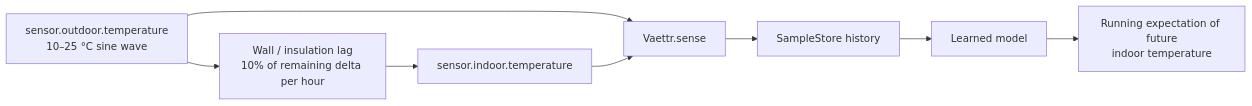
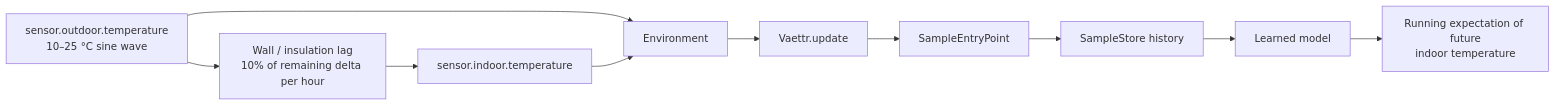
Before and after one commit to skasti/skyn-vaettr: the second of 2 diagrams in docs/sensory-representation.md, drawn with Mermaid. The commit also changed other lines of this file and 24 other files, not shown here.

````diff
--- a/docs/sensory-representation.md
+++ b/docs/sensory-representation.md
@@ -39,10 +40,12 @@
 ```mermaid
 flowchart LR
     Outside["sensor.outdoor.temperature\n10–25 °C sine wave"] --> Thermal["Wall / insulation lag\n10% of remaining delta per hour"]
     Thermal --> Inside["sensor.indoor.temperature"]
-    Outside --> Sense[Vaettr.sense]
-    Inside --> Sense
-    Sense --> Store[SampleStore history]
+    Outside --> Environment[Environment]
+    Inside --> Environment
+    Environment --> Vaettr[Vaettr.update]
+    Vaettr --> EntryPoint[SampleEntryPoint]
+    EntryPoint --> Store[SampleStore history]
     Store --> Model[Learned model]
     Model --> Expectation["Running expectation of future\nindoor temperature"]
 ```
````
